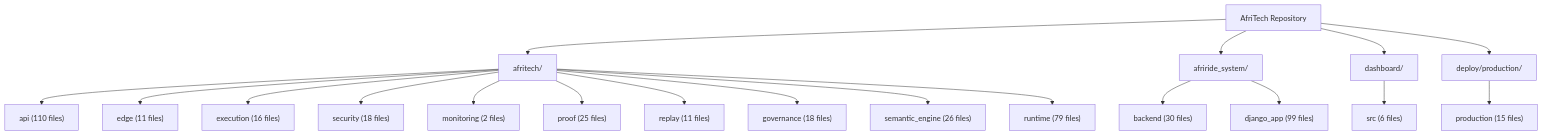
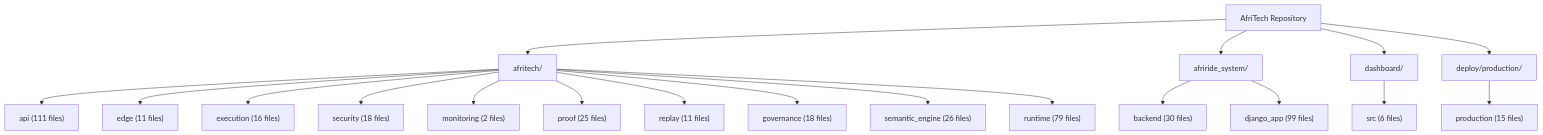
One commit to Strelly2023/afritelematics changed the second of 2 diagrams in docs/architecture/AFRITECH_FULL_ARCHITECTURE_GRAPH.md. Above: the diagram before and after it, drawn with Mermaid. The commit also changed other lines of this file and 28 other files, not shown here.

````diff
--- a/docs/architecture/AFRITECH_FULL_ARCHITECTURE_GRAPH.md
+++ b/docs/architecture/AFRITECH_FULL_ARCHITECTURE_GRAPH.md
@@ -64,23 +64,23 @@
 ```mermaid
 flowchart TD
     Root["AfriTech Repository"] --> Core["afritech/"]
     Root --> Ride["afriride_system/"]
     Root --> Ui["dashboard/"]
     Root --> Deploy["deploy/production/"]
 
-    Core --> Api["api (110 files)"]
+    Core --> Api["api (111 files)"]
     Core --> Edge["edge (11 files)"]
     Core --> Execution["execution (16 files)"]
     Core --> Security["security (18 files)"]
     Core --> Monitoring["monitoring (2 files)"]
     Core --> Proof["proof (25 files)"]
     Core --> Replay["replay (11 files)"]
     Core --> Governance["governance (18 files)"]
     Core --> Semantic["semantic_engine (26 files)"]
     Core --> Runtime["runtime (79 files)"]
 
     Ride --> Backend["backend (30 files)"]
     Ride --> Django["django_app (99 files)"]
     Ui --> Dashboard["src (6 files)"]
     Deploy --> Production["production (15 files)"]
 ```
````
